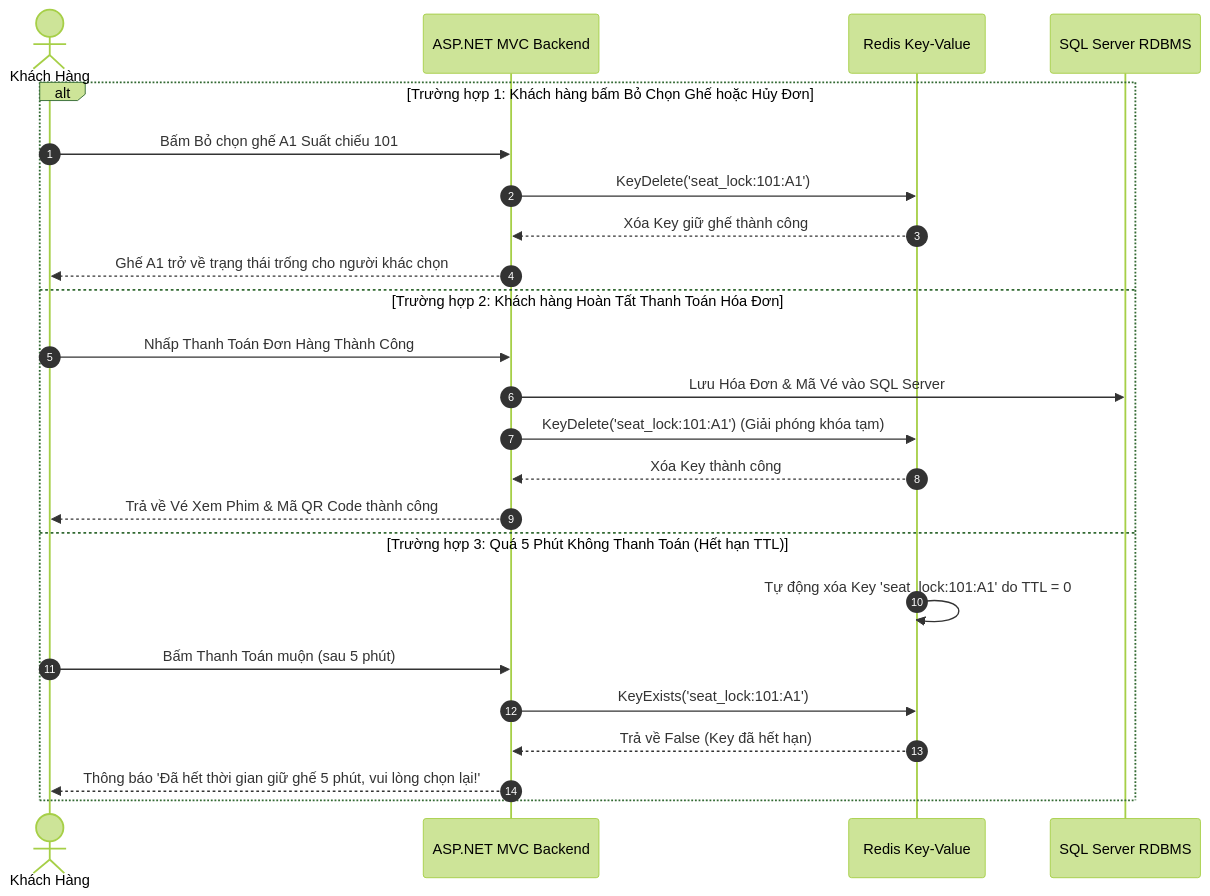
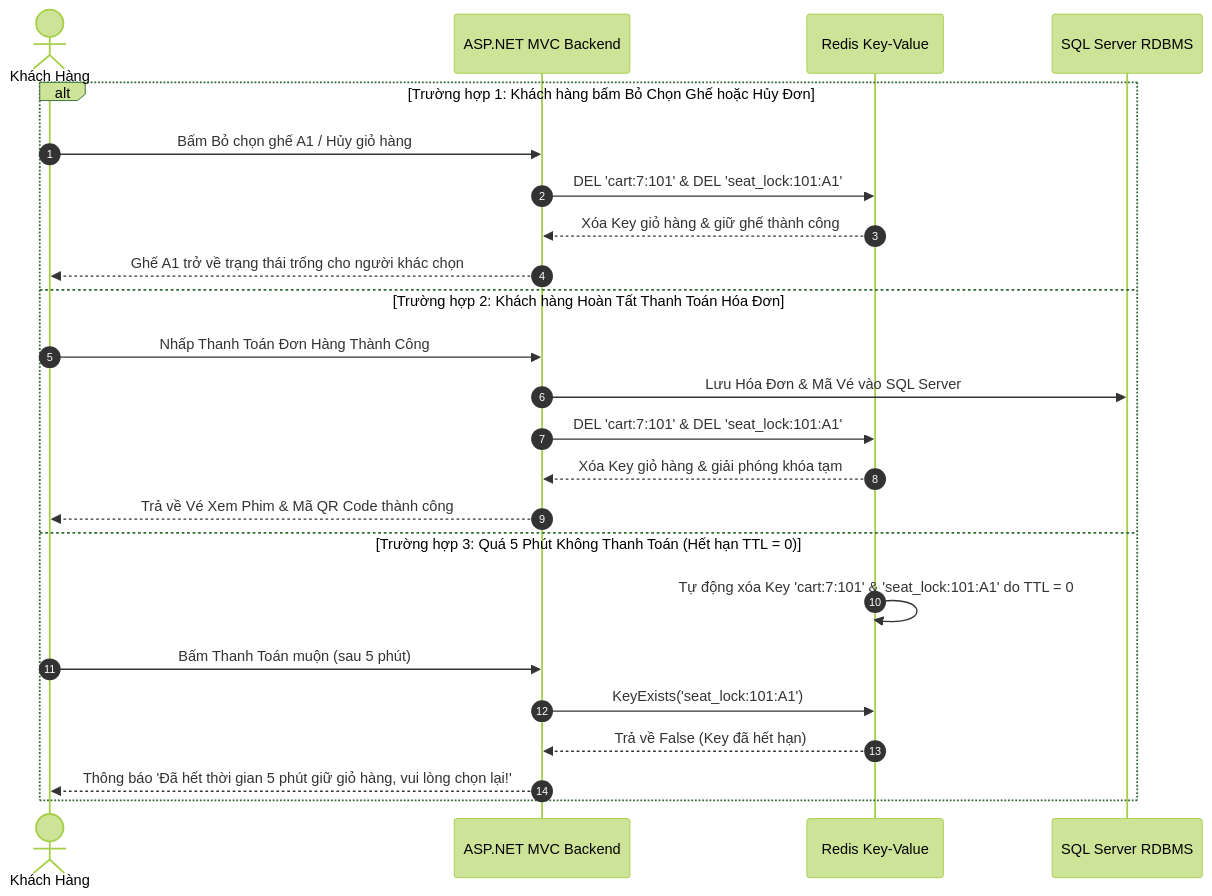
The seventh of 13 diagrams in TaiLieu/TaiLieu_SDS_ToanBo_HeThong_Movana.md (Anh-BE/WEB_DatVe_XemPhim), drawn with Mermaid (forest theme) before and after one commit. The commit also changed other lines of this file and 1 other file, not shown here.

Commit message:
[Doc] Bo sung Luong Active Session Dang Nhap va Luong Gio Hang Dat Ve Redis vao Chuong 4 va Chuong 8

````diff
--- a/TaiLieu/TaiLieu_SDS_ToanBo_HeThong_Movana.md
+++ b/TaiLieu/TaiLieu_SDS_ToanBo_HeThong_Movana.md
@@ -500,27 +560,27 @@
 ```mermaid
 sequenceDiagram
     autonumber
     actor User as Khách Hàng
     participant Web as ASP.NET MVC Backend
     participant Redis as Redis Key-Value
     participant SQL as SQL Server RDBMS
 
     alt Trường hợp 1: Khách hàng bấm Bỏ Chọn Ghế hoặc Hủy Đơn
-        User->>Web: Bấm Bỏ chọn ghế A1 Suất chiếu 101
-        Web->>Redis: KeyDelete('seat_lock:101:A1')
-        Redis-->>Web: Xóa Key giữ ghế thành công
+        User->>Web: Bấm Bỏ chọn ghế A1 / Hủy giỏ hàng
+        Web->>Redis: DEL 'cart:7:101' & DEL 'seat_lock:101:A1'
+        Redis-->>Web: Xóa Key giỏ hàng & giữ ghế thành công
         Web-->>User: Ghế A1 trở về trạng thái trống cho người khác chọn
     else Trường hợp 2: Khách hàng Hoàn Tất Thanh Toán Hóa Đơn
         User->>Web: Nhấp Thanh Toán Đơn Hàng Thành Công
         Web->>SQL: Lưu Hóa Đơn & Mã Vé vào SQL Server
-        Web->>Redis: KeyDelete('seat_lock:101:A1') (Giải phóng khóa tạm)
-        Redis-->>Web: Xóa Key thành công
+        Web->>Redis: DEL 'cart:7:101' & DEL 'seat_lock:101:A1'
+        Redis-->>Web: Xóa Key giỏ hàng & giải phóng khóa tạm
         Web-->>User: Trả về Vé Xem Phim & Mã QR Code thành công
-    else Trường hợp 3: Quá 5 Phút Không Thanh Toán (Hết hạn TTL)
-        Redis->>Redis: Tự động xóa Key 'seat_lock:101:A1' do TTL = 0
+    else Trường hợp 3: Quá 5 Phút Không Thanh Toán (Hết hạn TTL = 0)
+        Redis->>Redis: Tự động xóa Key 'cart:7:101' & 'seat_lock:101:A1' do TTL = 0
         User->>Web: Bấm Thanh Toán muộn (sau 5 phút)
         Web->>Redis: KeyExists('seat_lock:101:A1')
         Redis-->>Web: Trả về False (Key đã hết hạn)
-        Web-->>User: Thông báo 'Đã hết thời gian giữ ghế 5 phút, vui lòng chọn lại!'
+        Web-->>User: Thông báo 'Đã hết thời gian 5 phút giữ giỏ hàng, vui lòng chọn lại!'
     end
 ```
````
